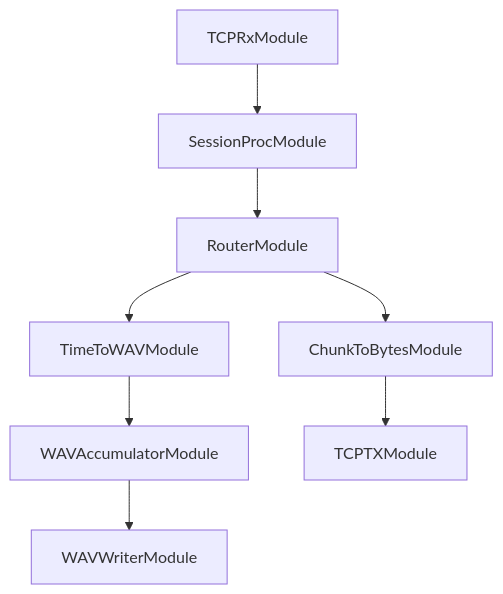
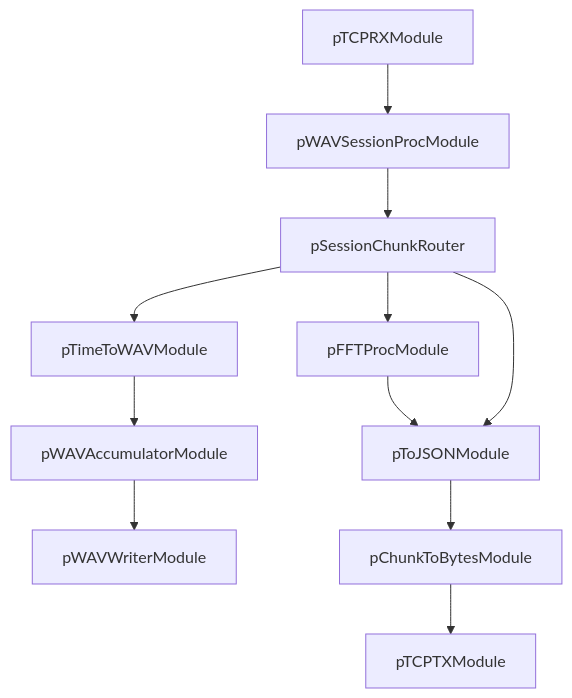
Before and after one commit to Sense-Scape/Proc_Serv: the diagram in README.md, drawn with Mermaid.

````diff
--- a/README.md
+++ b/README.md
@@ -17,12 +17,13 @@
-```mermaid
-graph TD;
-    TCPRxModule-->SessionProcModule;
-    SessionProcModule-->RouterModule;
-
-    RouterModule-->TimeToWAVModule;
-    TimeToWAVModule-->WAVAccumulatorModule;
-    WAVAccumulatorModule-->WAVWriterModule;
-
-    RouterModule-->ChunkToBytesModule;
-    ChunkToBytesModule-->TCPTXModule
+``` mermaid 
+graph TD; 
+  pTCPRXModule-->pWAVSessionProcModule
+  pWAVSessionProcModule-->pSessionChunkRouter
+  pFFTProcModule-->pToJSONModule
+  pTimeToWAVModule-->pWAVAccumulatorModule
+  pWAVAccumulatorModule-->pWAVWriterModule
+  pToJSONModule-->pChunkToBytesModule
+  pChunkToBytesModule-->pTCPTXModule
+  pSessionChunkRouter-->pTimeToWAVModule
+  pSessionChunkRouter-->pToJSONModule
+  pSessionChunkRouter-->pFFTProcModule
 ```
````
